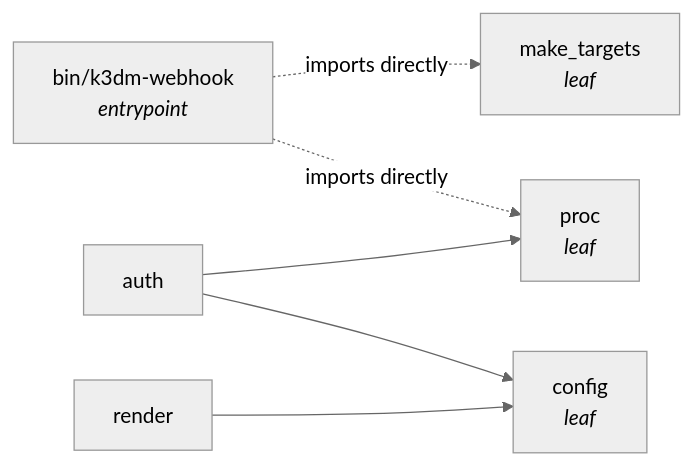
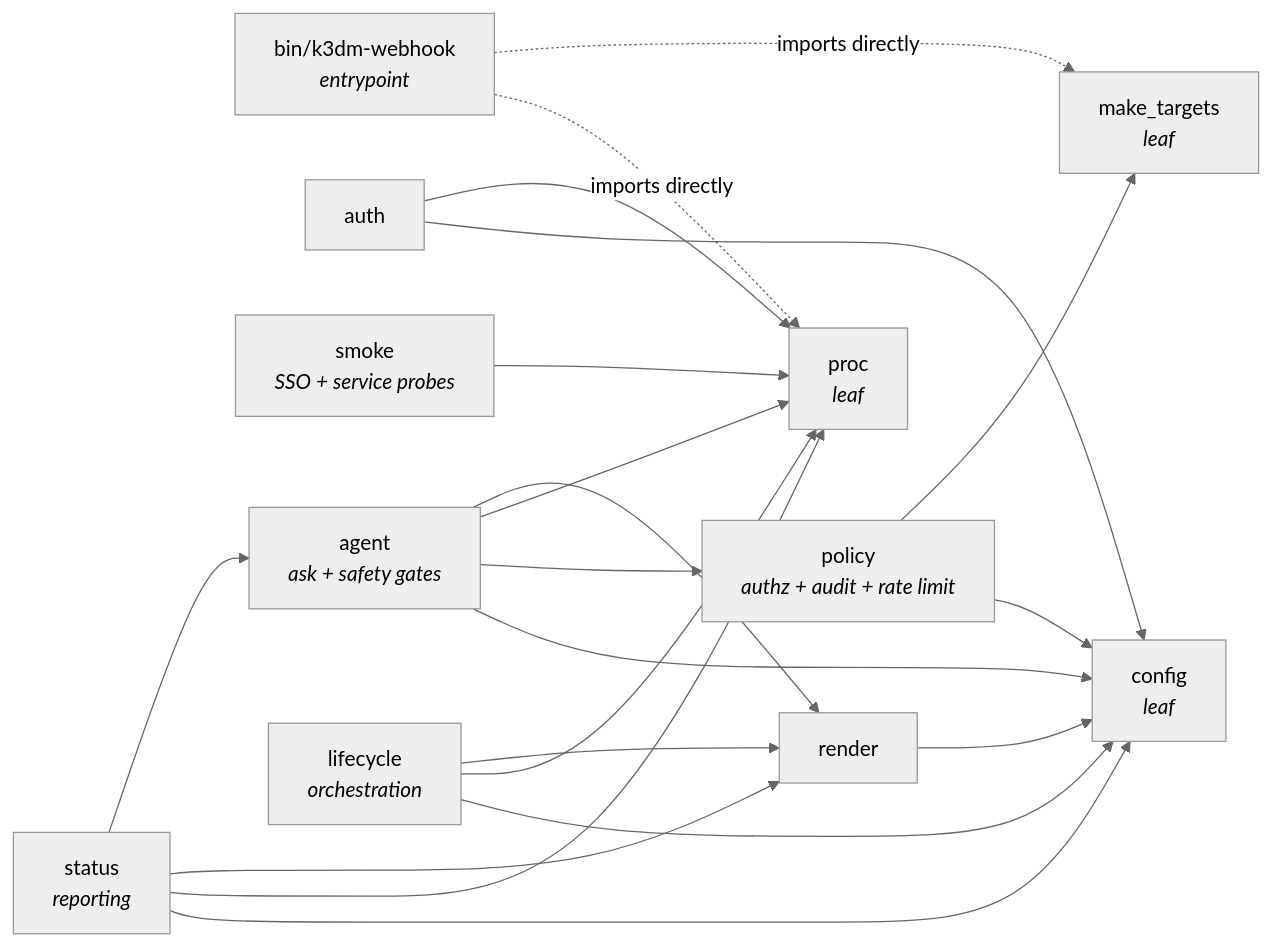
The first of 2 diagrams in docs/architecture/webhook-server.md (wilddog64/k3d-manager), drawn with Mermaid (neutral theme) before and after one commit. The commit also changed other lines of this file and 145 other files, not shown here.

````diff
--- a/docs/architecture/webhook-server.md
+++ b/docs/architecture/webhook-server.md
@@ -66,15 +78,34 @@
 ```mermaid
 flowchart LR
     ENTRY["bin/k3dm-webhook<br/><i>entrypoint</i>"]
     RENDER["render"]
     AUTH["auth"]
     CONFIG["config<br/><i>leaf</i>"]
     PROC["proc<br/><i>leaf</i>"]
     MAKE["make_targets<br/><i>leaf</i>"]
+    POLICY["policy<br/><i>authz + audit + rate limit</i>"]
+    SMOKE["smoke<br/><i>SSO + service probes</i>"]
+    AGENT["agent<br/><i>ask + safety gates</i>"]
+    LIFE["lifecycle<br/><i>orchestration</i>"]
+    STATUS["status<br/><i>reporting</i>"]
 
     RENDER --> CONFIG
     AUTH --> CONFIG
     AUTH --> PROC
+    POLICY --> CONFIG
+    POLICY --> MAKE
+    SMOKE --> PROC
+    AGENT --> CONFIG
+    AGENT --> POLICY
+    AGENT --> PROC
+    AGENT --> RENDER
+    LIFE --> CONFIG
+    LIFE --> PROC
+    LIFE --> RENDER
+    STATUS --> CONFIG
+    STATUS --> PROC
+    STATUS --> RENDER
+    STATUS --> AGENT
     ENTRY -.->|"imports directly"| PROC
     ENTRY -.->|"imports directly"| MAKE
 ```
````
